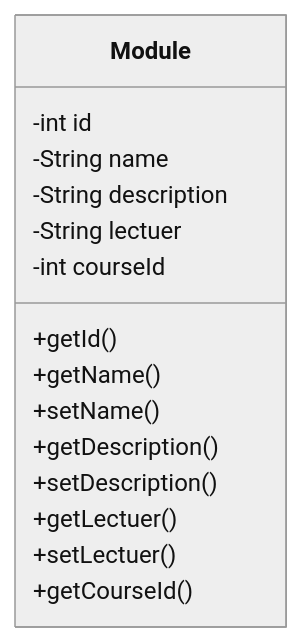
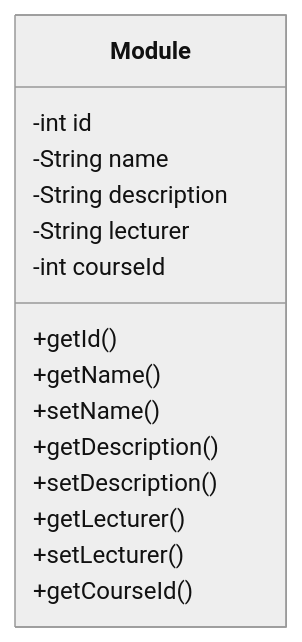
Before and after one commit to AndGitRepos/StudentManagerSystem: the diagram in documentation/ClassDesigns/Entities/Module_Design_Rev1.mmd, drawn with Mermaid (neutral theme). The commit also changed 5 other files, not shown here.

```diff
--- a/documentation/ClassDesigns/Entities/Module_Design_Rev1.mmd
+++ b/documentation/ClassDesigns/Entities/Module_Design_Rev1.mmd
@@ -1,17 +1,17 @@
 classDiagram
     class Module {
       -int id
       -String name
       -String description
-      -String lectuer
+      -String lecturer
       -int courseId
 
       +getId()
       +getName()
       +setName()
       +getDescription()
       +setDescription()
-      +getLectuer()
-      +setLectuer()
+      +getLecturer()
+      +setLecturer()
       +getCourseId()
     }
```
